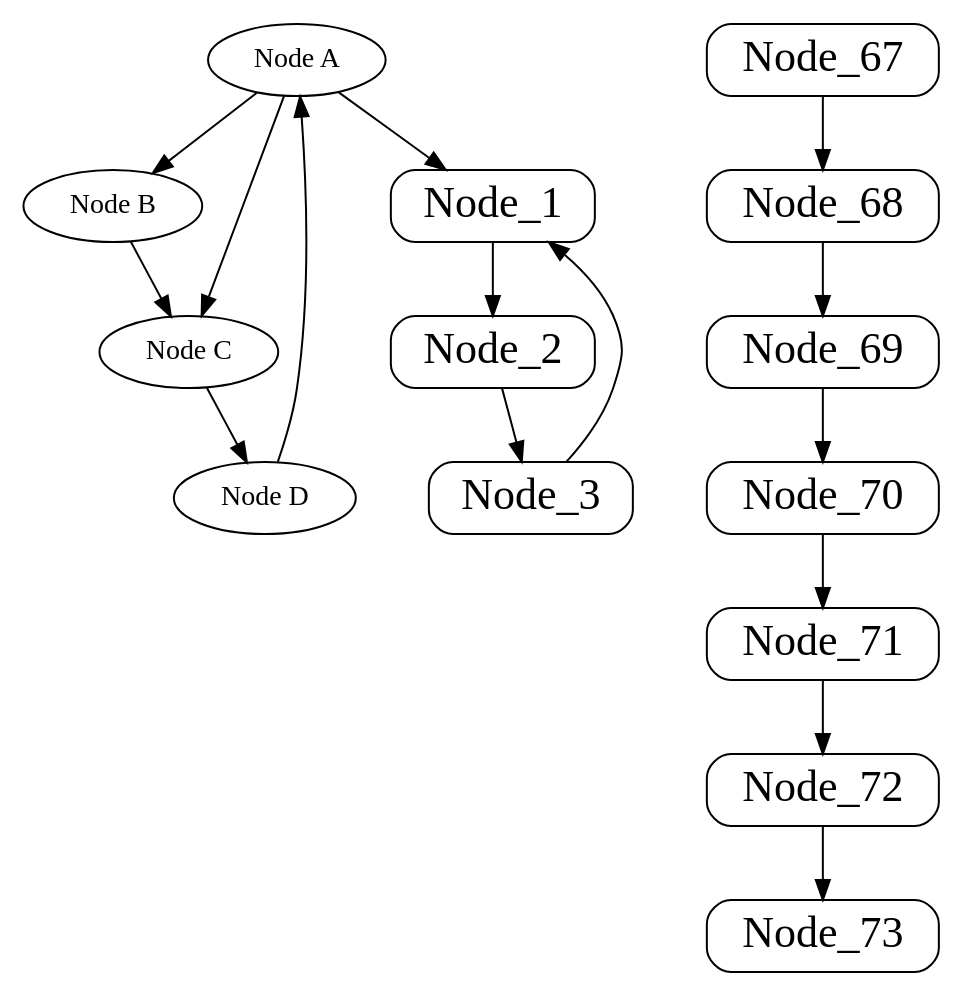
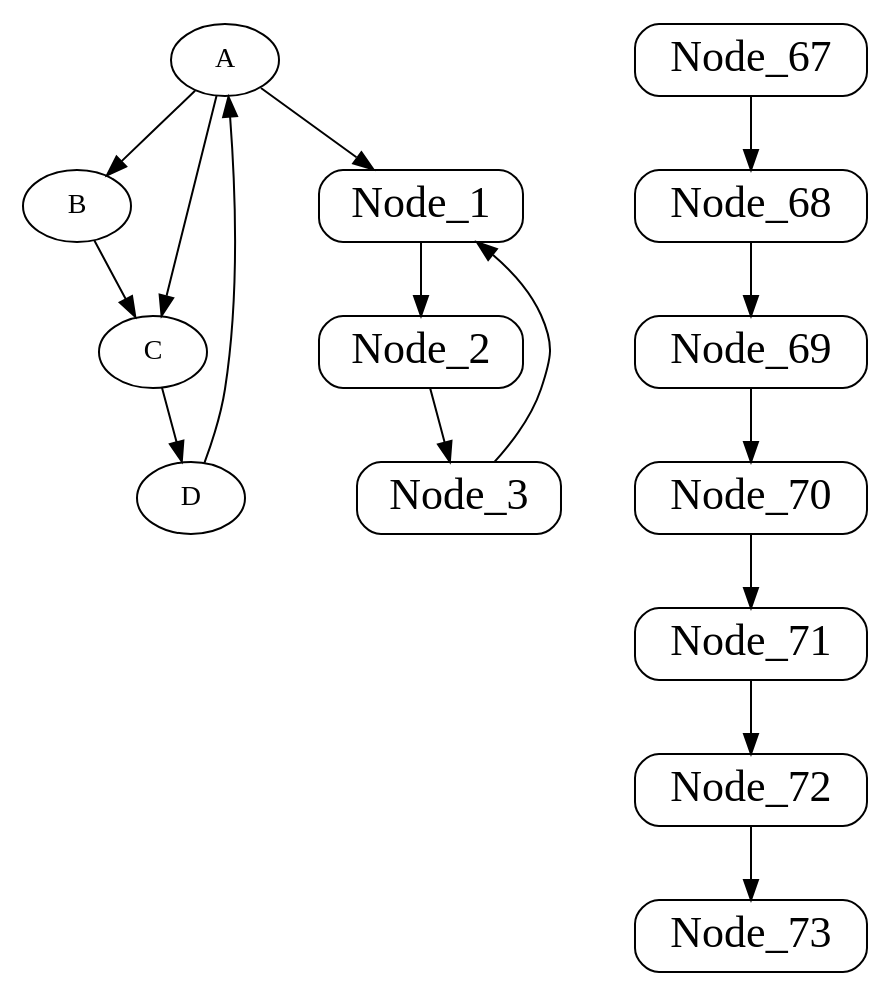
Before and after one commit to meysamkhazaee/dot_parser: the diagram in input/1_new.dot, drawn with Graphviz. The commit also changed 10 other files, not shown here.

```diff
--- a/input/1_new.dot
+++ b/input/1_new.dot
@@ -1,43 +1,43 @@
 digraph G {
-    A [label="Node A"];
-    B [label="Node B"];
-    C [label="Node C"];
-    D [label="Node D"];
+    A [label="A"];
+    B [label="B"];
+    C [label="C"];
+    D [label="D"];
 
     A -> B;
     A -> C;
     B -> C;
     C -> D;
     D -> A;
     A -> Node_1;  // Added edge
 
     subgraph "sub_graph_1" 
     {
         label="sub_graph_1";
         Node_1 [shape=Mrecord,fontsize=22,label="Node_1"];
         Node_2 [shape=Mrecord,fontsize=22,label="Node_2"];
         Node_3 [shape=Mrecord,fontsize=22,label="Node_3"];
         Node_1 -> Node_2 ;
         Node_2 -> Node_3 ;
         Node_3 -> Node_1 ;
     }
 
     subgraph "sub_graph_2" 
     {
     label="sub_graph_2";
     Node_67 [shape=Mrecord,fontsize=22,label="Node_67"];
     Node_67 -> Node_68 ;
     Node_68 [shape=Mrecord,fontsize=22,label="Node_68"];
     Node_68 -> Node_69 ;
     Node_69 [shape=Mrecord,fontsize=22,label="Node_69"];
     Node_69 -> Node_70 ;
     Node_70 [shape=Mrecord,fontsize=22,label="Node_70"];
     Node_70 -> Node_71 ;
     Node_71 [shape=Mrecord,fontsize=22,label="Node_71"];
     Node_71 -> Node_72 ;
     Node_72 [shape=Mrecord,fontsize=22,label="Node_72"];
     Node_72 -> Node_73 ;
     Node_73 [shape=Mrecord,fontsize=22,label="Node_73"];
     }
 
 }
```
